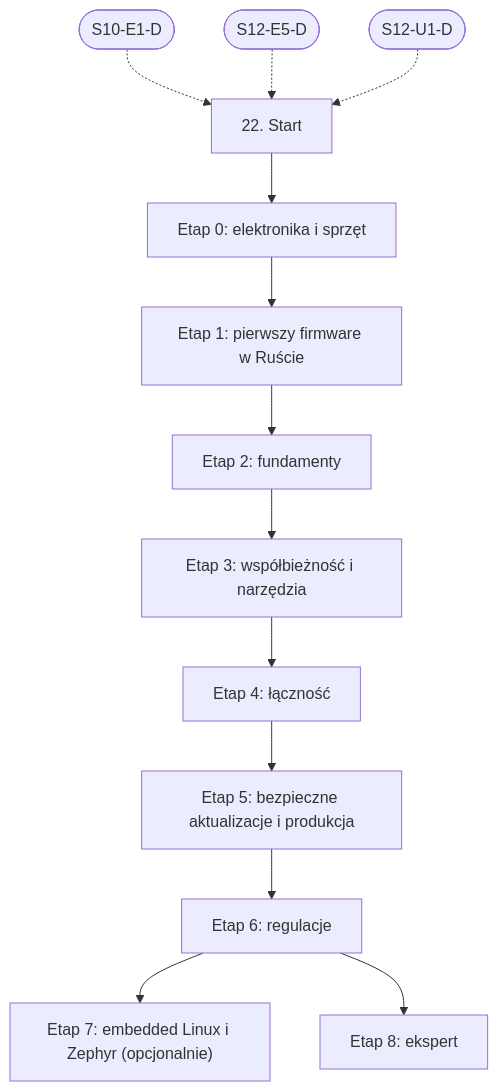
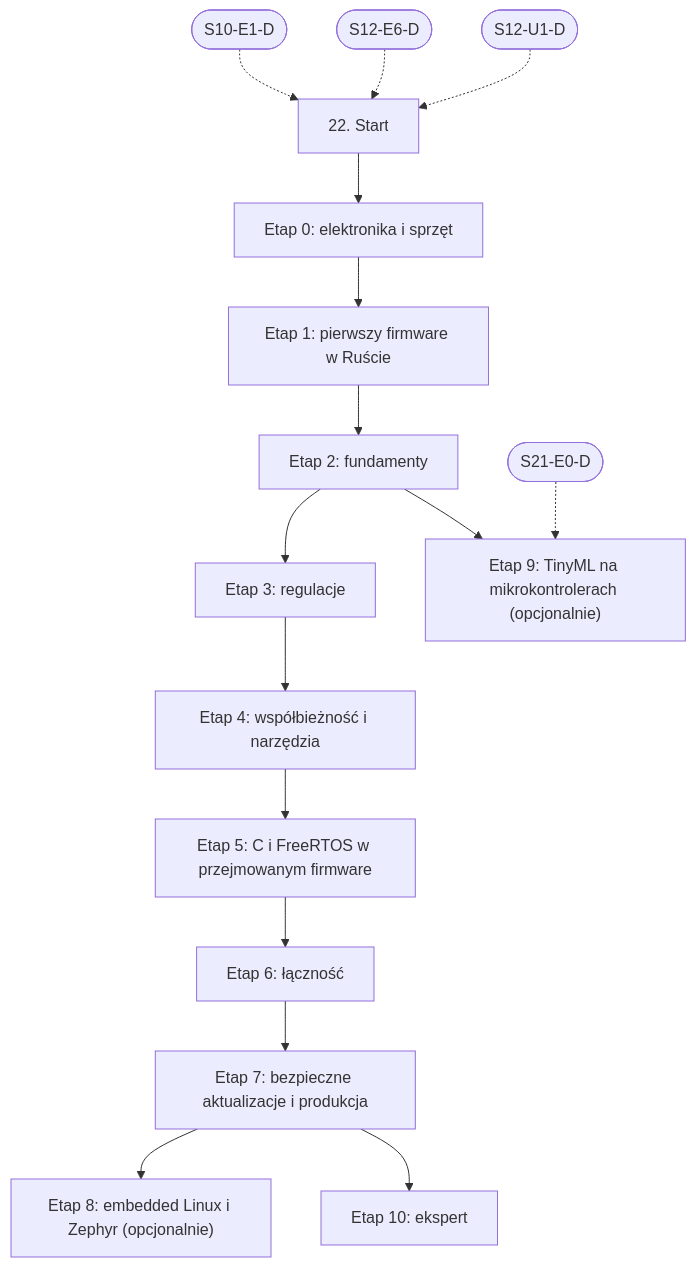
The diagram in linear/22-systemy-wbudowane.md (danjarosz/software-development-learning-path), drawn with Mermaid before and after one commit. The commit also changed other lines of this file and 65 other files, not shown here.

First line of the commit message:
feat: popraw ścieżki nauki po przeglądzie i dodaj NestJS, FastAPI i GraphQL

````diff
--- a/linear/22-systemy-wbudowane.md
+++ b/linear/22-systemy-wbudowane.md
@@ -94,25 +92,30 @@
 ```mermaid
 flowchart TD
   START["22. Start"]
   E0["Etap 0: elektronika i sprzęt"]
   E1["Etap 1: pierwszy firmware w Ruście"]
   E2["Etap 2: fundamenty"]
-  E3["Etap 3: współbieżność i narzędzia"]
-  E4["Etap 4: łączność"]
-  E5["Etap 5: bezpieczne aktualizacje i produkcja"]
-  E6["Etap 6: regulacje"]
-  E7["Etap 7: embedded Linux i Zephyr (opcjonalnie)"]
-  E8["Etap 8: ekspert"]
+  E3["Etap 3: regulacje"]
+  E4["Etap 4: współbieżność i narzędzia"]
+  E5["Etap 5: C i FreeRTOS w przejmowanym firmware"]
+  E6["Etap 6: łączność"]
+  E7["Etap 7: bezpieczne aktualizacje i produkcja"]
+  E8["Etap 8: embedded Linux i Zephyr (opcjonalnie)"]
+  E9["Etap 9: TinyML na mikrokontrolerach (opcjonalnie)"]
+  E10["Etap 10: ekspert"]
   START --> E0
   E0 --> E1
   E1 --> E2
   E2 --> E3
   E3 --> E4
   E4 --> E5
   E5 --> E6
   E6 --> E7
-  E6 --> E8
+  E7 --> E8
+  E2 --> E9
+  XS21E0D(["S21-E0-D"]) -.-> E9
+  E7 --> E10
   XS10E1D(["S10-E1-D"]) -.-> START
-  XS12E5D(["S12-E5-D"]) -.-> START
+  XS12E6D(["S12-E6-D"]) -.-> START
   XS12U1D(["S12-U1-D"]) -.-> START
 ```
````
